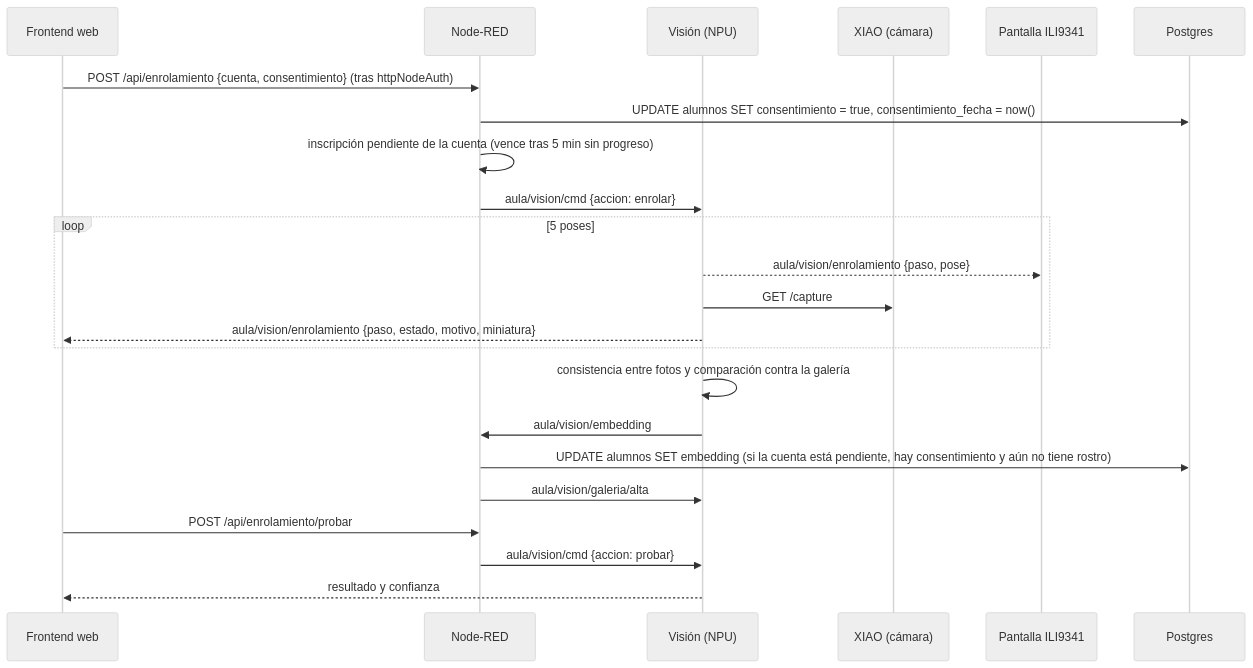
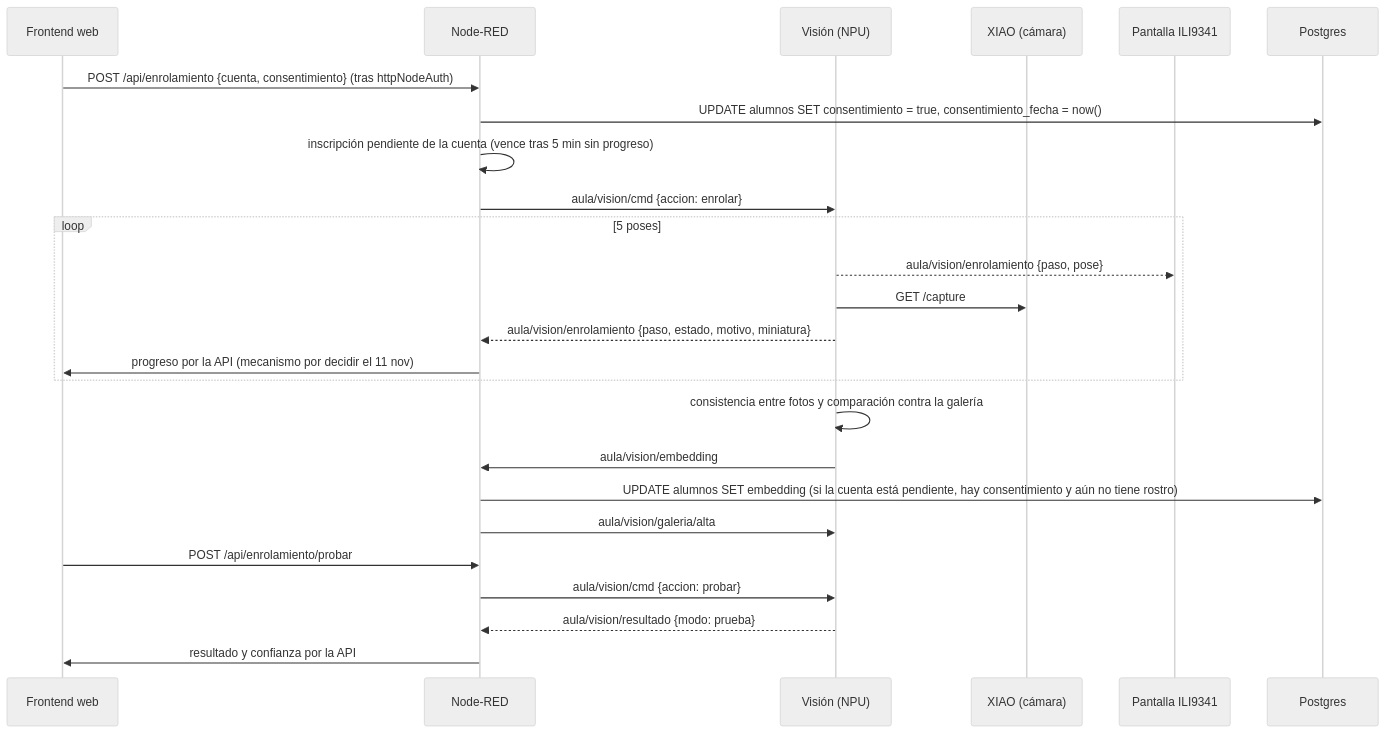
One commit to GustavoVaAsc/AutoList changed the second of 2 diagrams in docs/HIGH-LEVEL-PLAN.md. Above: the diagram before and after it, drawn with Mermaid (neutral theme). The commit also changed other lines of this file and 5 other files, not shown here.

````diff
--- a/docs/HIGH-LEVEL-PLAN.md
+++ b/docs/HIGH-LEVEL-PLAN.md
@@ -132,26 +132,28 @@
 ```mermaid
 sequenceDiagram
   participant W as Frontend web
   participant N as Node-RED
   participant V as Visión (NPU)
   participant X as XIAO (cámara)
   participant L as Pantalla ILI9341
   participant D as Postgres
 
   W->>N: POST /api/enrolamiento {cuenta, consentimiento} (tras httpNodeAuth)
   N->>D: UPDATE alumnos SET consentimiento = true, consentimiento_fecha = now()
   N->>N: inscripción pendiente de la cuenta (vence tras 5 min sin progreso)
   N->>V: aula/vision/cmd {accion: enrolar}
   loop 5 poses
     V-->>L: aula/vision/enrolamiento {paso, pose}
     V->>X: GET /capture
-    V-->>W: aula/vision/enrolamiento {paso, estado, motivo, miniatura}
+    V-->>N: aula/vision/enrolamiento {paso, estado, motivo, miniatura}
+    N->>W: progreso por la API (mecanismo por decidir el 11 nov)
   end
   V->>V: consistencia entre fotos y comparación contra la galería
   V->>N: aula/vision/embedding
   N->>D: UPDATE alumnos SET embedding (si la cuenta está pendiente, hay consentimiento y aún no tiene rostro)
   N->>V: aula/vision/galeria/alta
   W->>N: POST /api/enrolamiento/probar
   N->>V: aula/vision/cmd {accion: probar}
-  V-->>W: resultado y confianza
+  V-->>N: aula/vision/resultado {modo: prueba}
+  N->>W: resultado y confianza por la API
 ```
````
